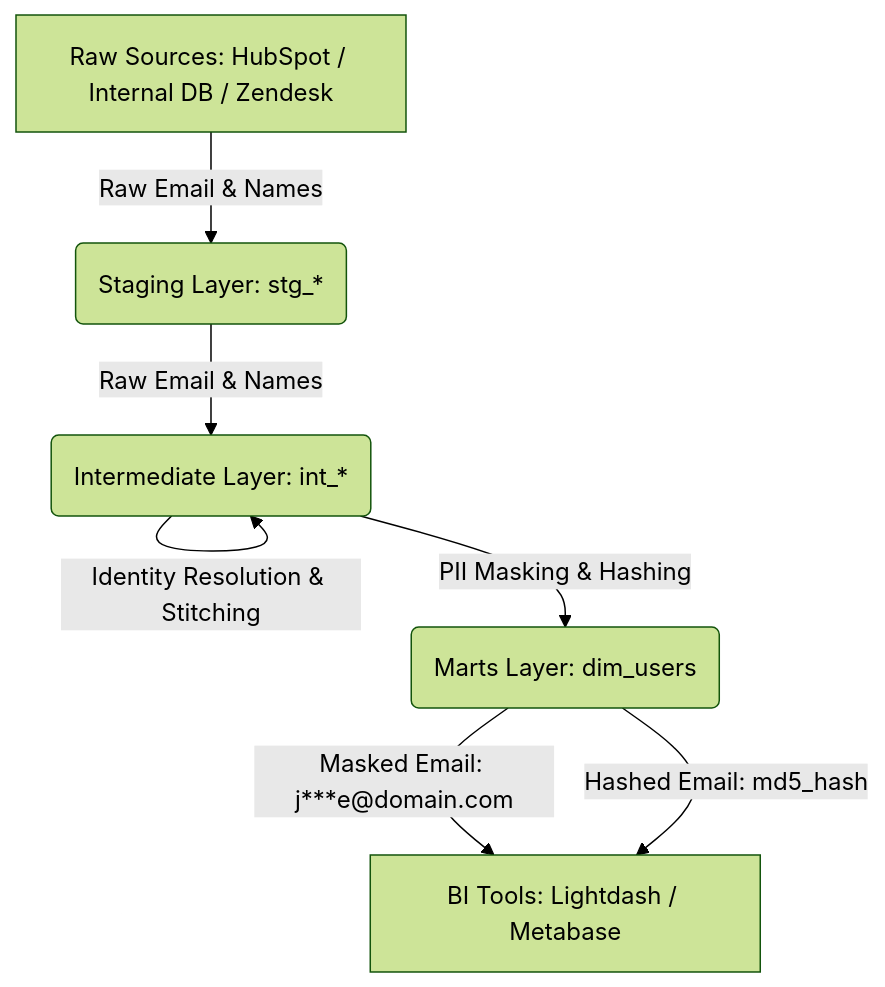
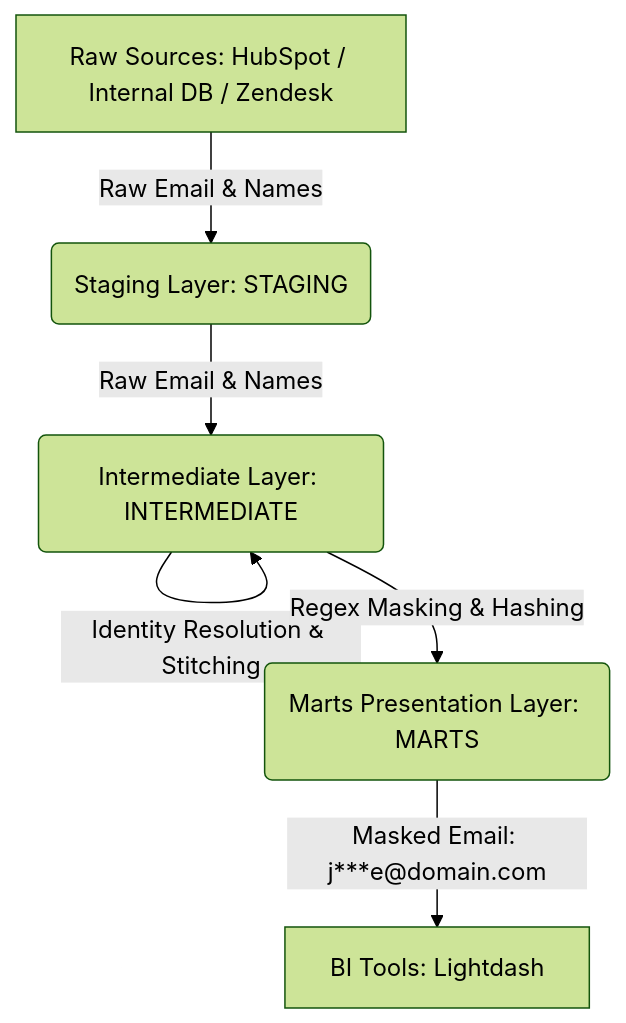
Before and after one commit to farrux05-ai/b2b-saas-revops-intelligence: the diagram in docs/TECHNICAL.md, drawn with Mermaid (forest theme). The commit also changed other lines of this file and 8 other files, not shown here.

Commit message:
refactor: update mock dlt ingestion pipeline to target Snowflake RAW_DATA schema

````diff
--- a/docs/TECHNICAL.md
+++ b/docs/TECHNICAL.md
@@ -856,9 +134,8 @@
 ```mermaid
 graph TD
-    A[Raw Sources: HubSpot / Internal DB / Zendesk] -->|Raw Email & Names| B(Staging Layer: stg_*)
-    B -->|Raw Email & Names| C(Intermediate Layer: int_*)
+    A[Raw Sources: HubSpot / Internal DB / Zendesk] -->|Raw Email & Names| B(Staging Layer: STAGING)
+    B -->|Raw Email & Names| C(Intermediate Layer: INTERMEDIATE)
     C -->|Identity Resolution & Stitching| C
-    C -->|PII Masking & Hashing| D(Marts Layer: dim_users)
-    D -->|Masked Email: j***e@domain.com| E[BI Tools: Lightdash / Metabase]
-    D -->|Hashed Email: md5_hash| E
+    C -->|Regex Masking & Hashing| D(Marts Presentation Layer: MARTS)
+    D -->|Masked Email: j***e@domain.com| E[BI Tools: Lightdash]
 ```
````
